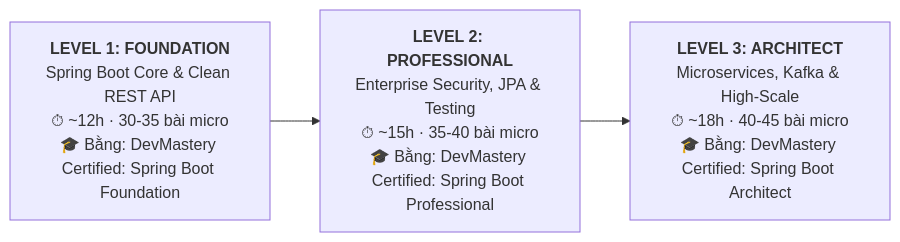
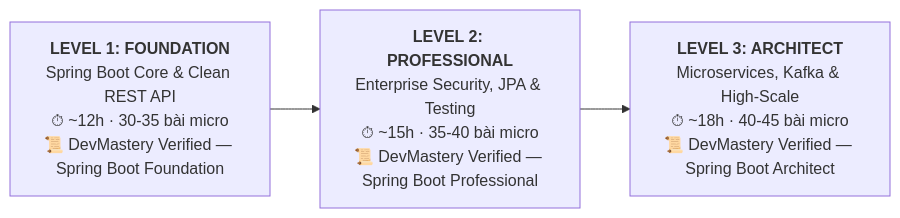
One commit to hanndbn/spring-boot-course changed the first of 2 diagrams in CURRICULUM_STANDARDS.md. Above: the diagram before and after it, drawn with Mermaid. The commit also changed other lines of this file, not shown here.

````diff
--- a/CURRICULUM_STANDARDS.md
+++ b/CURRICULUM_STANDARDS.md
@@ -45,6 +74,6 @@
 ```mermaid
 flowchart LR
-    L1["<b>LEVEL 1: FOUNDATION</b><br>Spring Boot Core & Clean REST API<br>⏱ ~12h · 30-35 bài micro<br>🎓 Bằng: DevMastery Certified: Spring Boot Foundation"] 
-    --> L2["<b>LEVEL 2: PROFESSIONAL</b><br>Enterprise Security, JPA & Testing<br>⏱ ~15h · 35-40 bài micro<br>🎓 Bằng: DevMastery Certified: Spring Boot Professional"]
-    --> L3["<b>LEVEL 3: ARCHITECT</b><br>Microservices, Kafka & High-Scale<br>⏱ ~18h · 40-45 bài micro<br>🎓 Bằng: DevMastery Certified: Spring Boot Architect"]
+    L1["<b>LEVEL 1: FOUNDATION</b><br>Spring Boot Core & Clean REST API<br>⏱ ~12h · 30-35 bài micro<br>📜 DevMastery Verified — Spring Boot Foundation"] 
+    --> L2["<b>LEVEL 2: PROFESSIONAL</b><br>Enterprise Security, JPA & Testing<br>⏱ ~15h · 35-40 bài micro<br>📜 DevMastery Verified — Spring Boot Professional"]
+    --> L3["<b>LEVEL 3: ARCHITECT</b><br>Microservices, Kafka & High-Scale<br>⏱ ~18h · 40-45 bài micro<br>📜 DevMastery Verified — Spring Boot Architect"]
 ```
````
